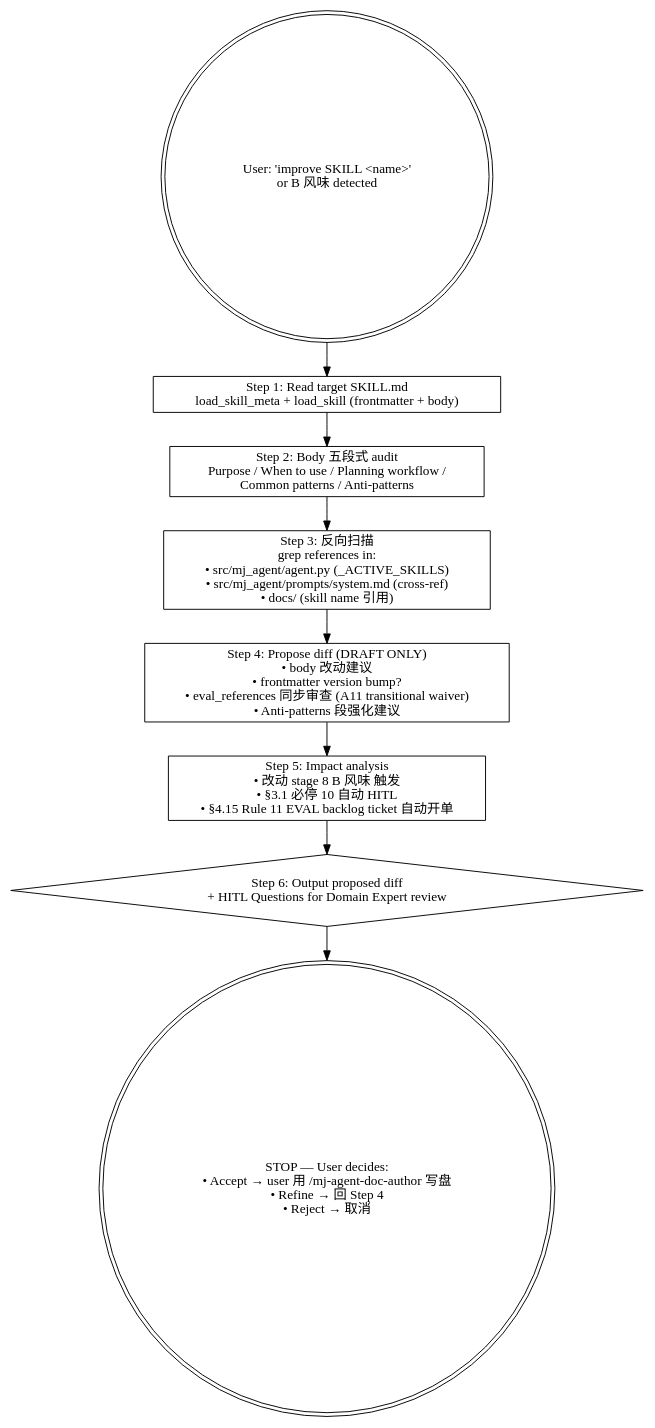
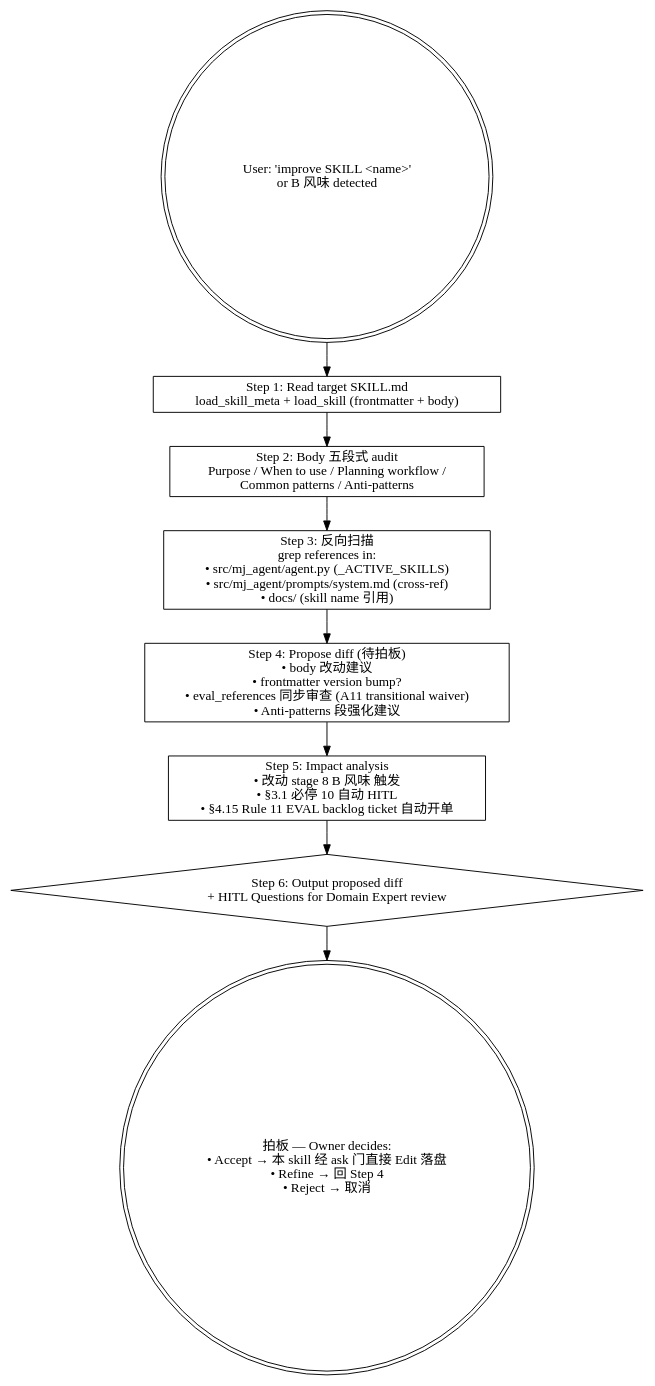
The diagram in .claude/skills/mj-agent-runtime-skill-doc-improve/SKILL.md (MJ-AgentLab/mj-agent), drawn with Graphviz before and after one commit. The commit also changed other lines of this file and 20 other files, not shown here.

First line of the commit message:
docs: HITL propose→拍板→apply model + deny→ask (ADR-034)

````diff
--- a/.claude/skills/mj-agent-runtime-skill-doc-improve/SKILL.md
+++ b/.claude/skills/mj-agent-runtime-skill-doc-improve/SKILL.md
@@ -44,22 +44,22 @@
 ```dot
 digraph improve {
   rankdir=TB;
   start [label="User: 'improve SKILL <name>'\nor B 风味 detected" shape=doublecircle];
 
   s1 [label="Step 1: Read target SKILL.md\nload_skill_meta + load_skill (frontmatter + body)" shape=box];
 
   s2 [label="Step 2: Body 五段式 audit\nPurpose / When to use / Planning workflow /\nCommon patterns / Anti-patterns" shape=box];
 
   s3 [label="Step 3: 反向扫描\ngrep references in:\n• src/mj_agent/agent.py (_ACTIVE_SKILLS)\n• src/mj_agent/prompts/system.md (cross-ref)\n• docs/ (skill name 引用)" shape=box];
 
-  s4 [label="Step 4: Propose diff (DRAFT ONLY)\n• body 改动建议\n• frontmatter version bump?\n• eval_references 同步审查 (A11 transitional waiver)\n• Anti-patterns 段强化建议" shape=box];
+  s4 [label="Step 4: Propose diff (待拍板)\n• body 改动建议\n• frontmatter version bump?\n• eval_references 同步审查 (A11 transitional waiver)\n• Anti-patterns 段强化建议" shape=box];
 
   s5 [label="Step 5: Impact analysis\n• 改动 stage 8 B 风味 触发\n• §3.1 必停 10 自动 HITL\n• §4.15 Rule 11 EVAL backlog ticket 自动开单" shape=box];
 
   s6 [label="Step 6: Output proposed diff\n+ HITL Questions for Domain Expert review" shape=diamond];
 
-  hitl [label="STOP — User decides:\n• Accept → user 用 /mj-agent-doc-author 写盘\n• Refine → 回 Step 4\n• Reject → 取消" shape=doublecircle];
+  hitl [label="拍板 — Owner decides:\n• Accept → 本 skill 经 ask 门直接 Edit 落盘\n• Refine → 回 Step 4\n• Reject → 取消" shape=doublecircle];
 
   start -> s1 -> s2 -> s3 -> s4 -> s5 -> s6 -> hitl;
 }
 ```
````
